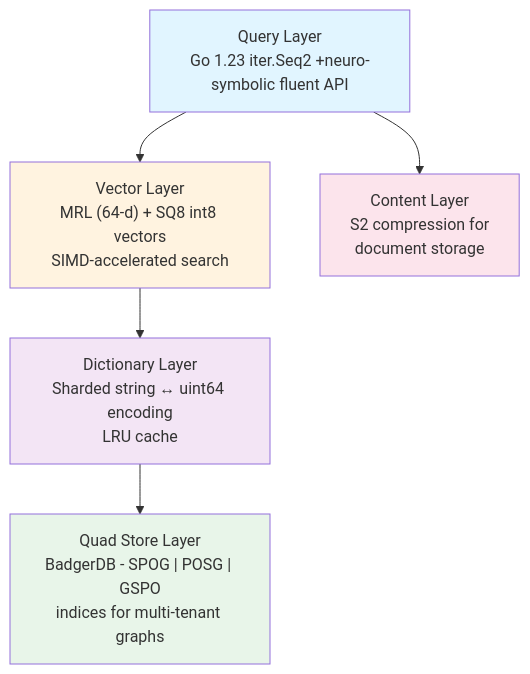
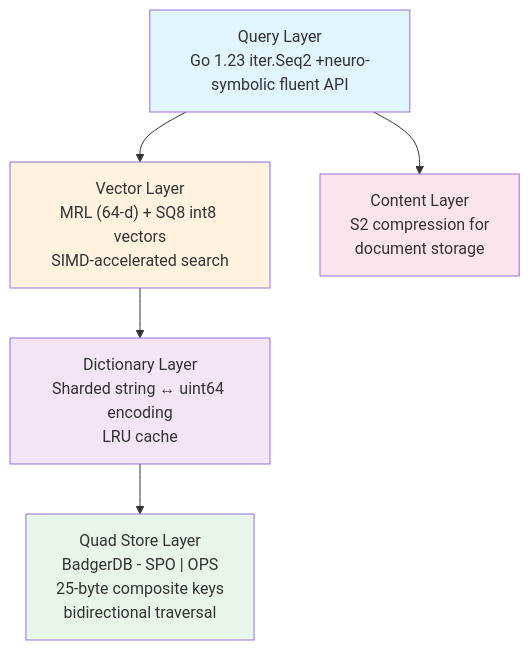
Before and after one commit to duynguyendang/meb: the diagram in README.md, drawn with Mermaid. The commit also changed other lines of this file, not shown here.

````diff
--- a/README.md
+++ b/README.md
@@ -290,19 +290,19 @@
 ```mermaid
 graph TD
     A["Query Layer<br/>Go 1.23 iter.Seq2 +</>neuro-symbolic fluent API"]
     B["Vector Layer<br/>MRL (64-d) + SQ8 int8 vectors<br/>SIMD-accelerated search"]
     C["Dictionary Layer<br/>Sharded string ↔ uint64 encoding<br/>LRU cache"]
-    D["Quad Store Layer<br/>BadgerDB - SPOG | POSG | GSPO<br/>indices for multi-tenant graphs"]
+    D["Quad Store Layer<br/>BadgerDB - SPO | OPS<br/>25-byte composite keys<br/>bidirectional traversal"]
     E["Content Layer<br/>S2 compression for<br/>document storage"]
 
     A --> B
     B --> C
     C --> D
     A --> E
 
     style A fill:#e1f5ff
     style B fill:#fff3e0
     style C fill:#f3e5f5
     style D fill:#e8f5e9
     style E fill:#fce4ec
 ```
````
